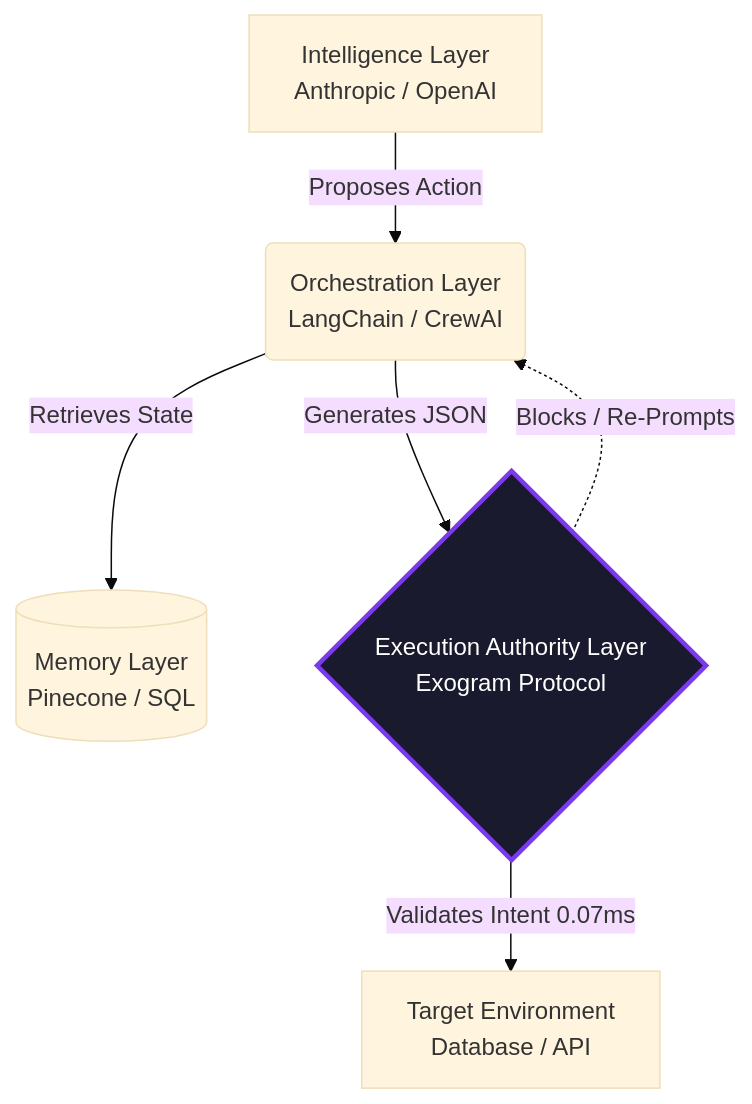
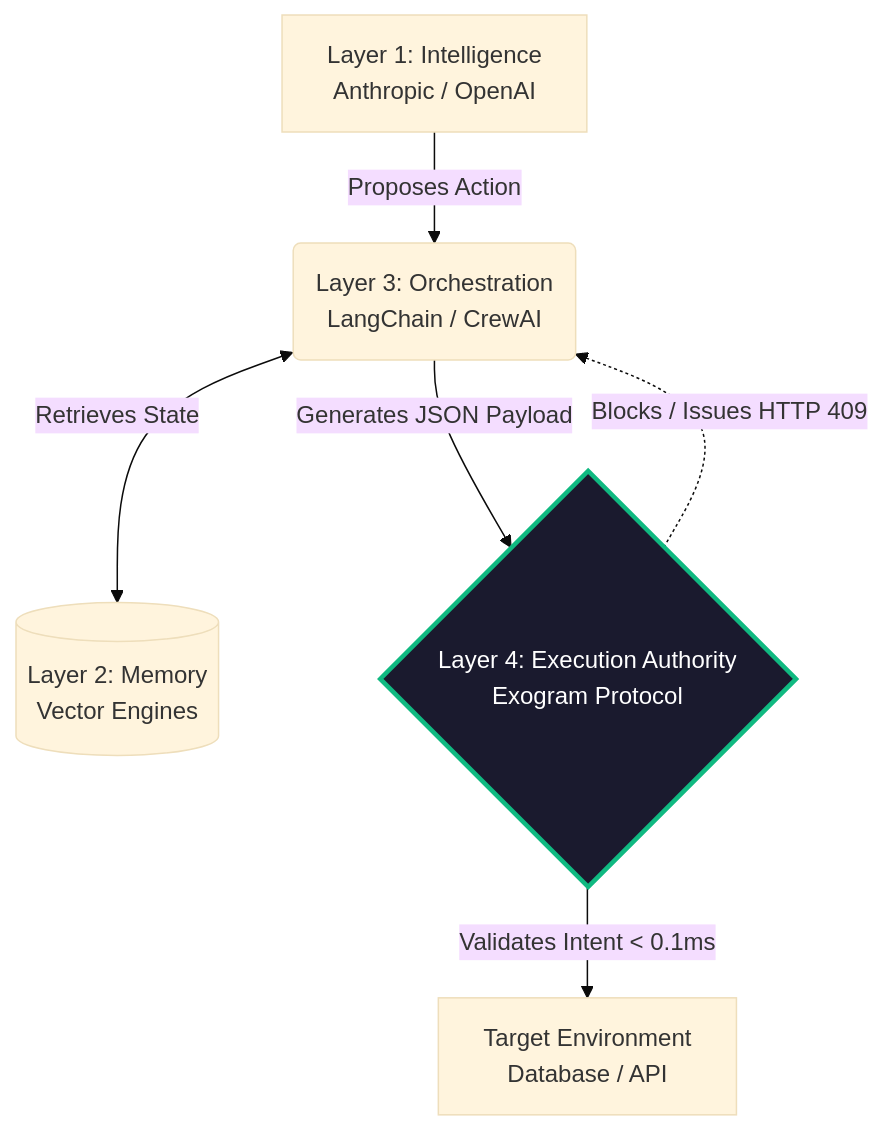
Before and after one commit to Richard-Ewing/exogram-protocol-rfc: the diagram in README.md, drawn with Mermaid (base theme). The commit also changed other lines of this file and 1 other file, not shown here.

````diff
--- a/README.md
+++ b/README.md
@@ -11,10 +34,10 @@
 ```mermaid
 graph TD
-    A[Intelligence Layer<br/>Anthropic / OpenAI] -->|Proposes Action| B(Orchestration Layer<br/>LangChain / CrewAI)
-    B -->|Retrieves State| C[(Memory Layer<br/>Pinecone / SQL)]
-    B -->|Generates JSON| D{Execution Authority Layer<br/>Exogram Protocol}
-    D -->|Validates Intent 0.07ms| E[Target Environment<br/>Database / API]
-    D -.->|Blocks / Re-Prompts| B
+    A[Layer 1: Intelligence<br/>Anthropic / OpenAI] -->|Proposes Action| B(Layer 3: Orchestration<br/>LangChain / CrewAI)
+    B <-->|Retrieves State| C[(Layer 2: Memory<br/>Vector Engines)]
+    B -->|Generates JSON Payload| D{Layer 4: Execution Authority<br/>Exogram Protocol}
+    D -->|Validates Intent < 0.1ms| E[Target Environment<br/>Database / API]
+    D -.->|Blocks / Issues HTTP 409| B
     
-    style D fill:#1A1A2E,stroke:#7C3AED,stroke-width:3px,color:#fff
+    style D fill:#1A1A2E,stroke:#10B981,stroke-width:3px,color:#fff
 ```
````
